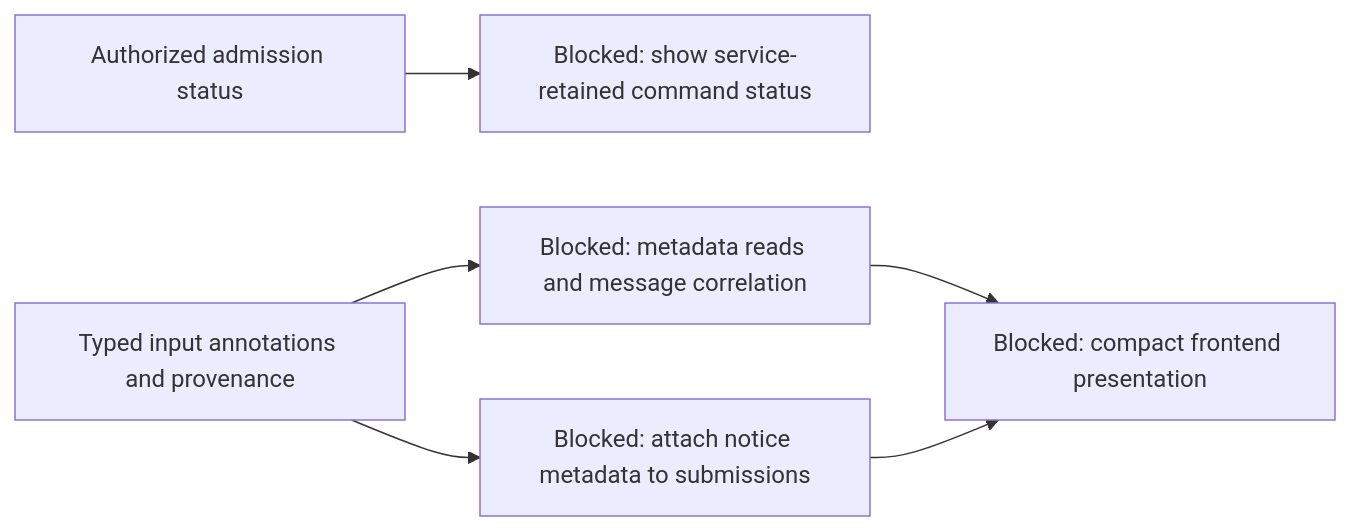
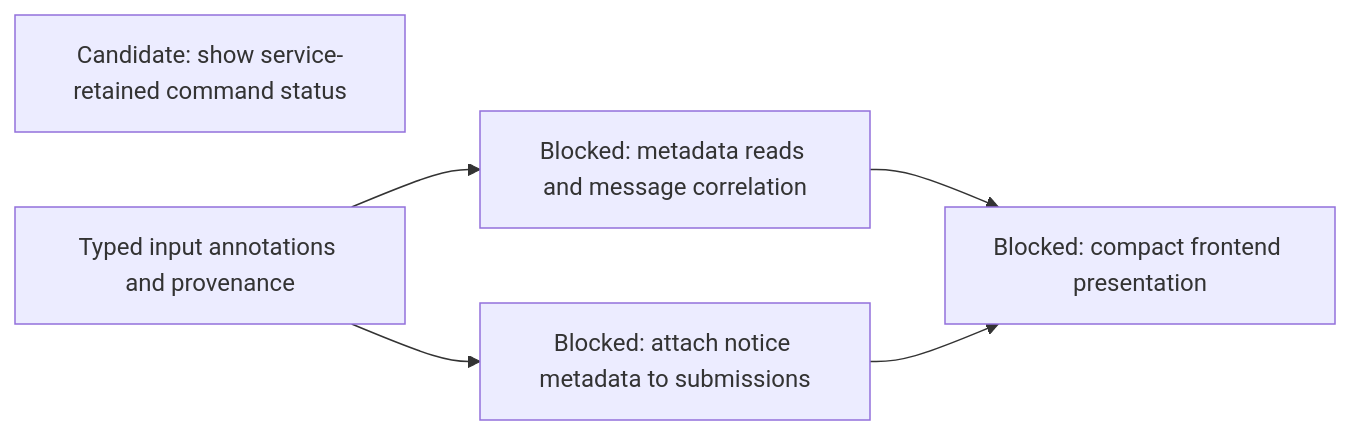
The second of 11 diagrams in agentplane/plans/task_dag.md (agentydragon-agent/ducktape), drawn with Mermaid before and after one commit. The commit also changed other lines of this file and 6 other files, not shown here.

````diff
--- a/agentplane/plans/task_dag.md
+++ b/agentplane/plans/task_dag.md
@@ -45,14 +45,12 @@
 ```mermaid
 flowchart LR
-    SESSION_COMMAND_STATUS_READ[Authorized admission status]
-    SESSION_COMMAND_STATUS_UI[Blocked: show service-retained command status]
+    SESSION_COMMAND_STATUS_UI[Candidate: show service-retained command status]
     SESSION_INPUT_METADATA[Typed input annotations and provenance]
     SESSION_INPUT_METADATA_READ[Blocked: metadata reads and message correlation]
     NOTIFICATION_NOTICE_METADATA[Blocked: attach notice metadata to submissions]
     NOTIFICATION_PRESENTATION[Blocked: compact frontend presentation]
-    SESSION_COMMAND_STATUS_READ --> SESSION_COMMAND_STATUS_UI
     SESSION_INPUT_METADATA --> SESSION_INPUT_METADATA_READ
     SESSION_INPUT_METADATA --> NOTIFICATION_NOTICE_METADATA
     SESSION_INPUT_METADATA_READ --> NOTIFICATION_PRESENTATION
     NOTIFICATION_NOTICE_METADATA --> NOTIFICATION_PRESENTATION
 ```
````
